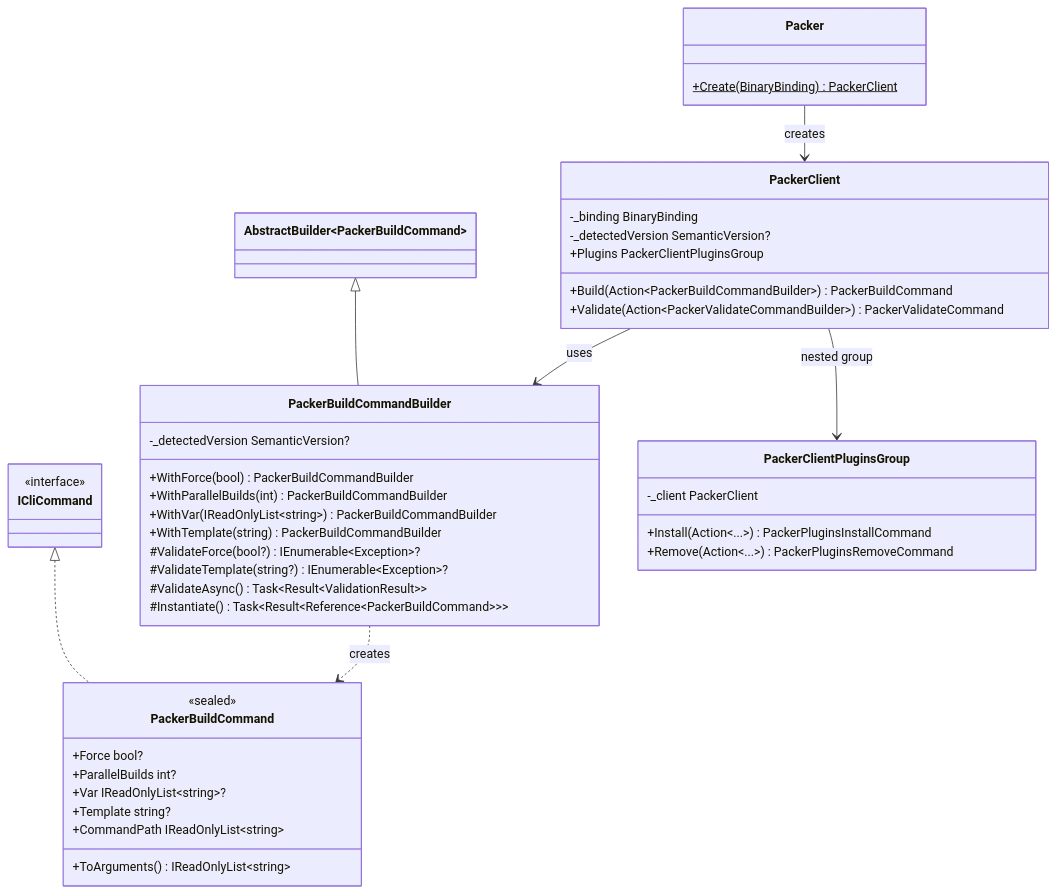
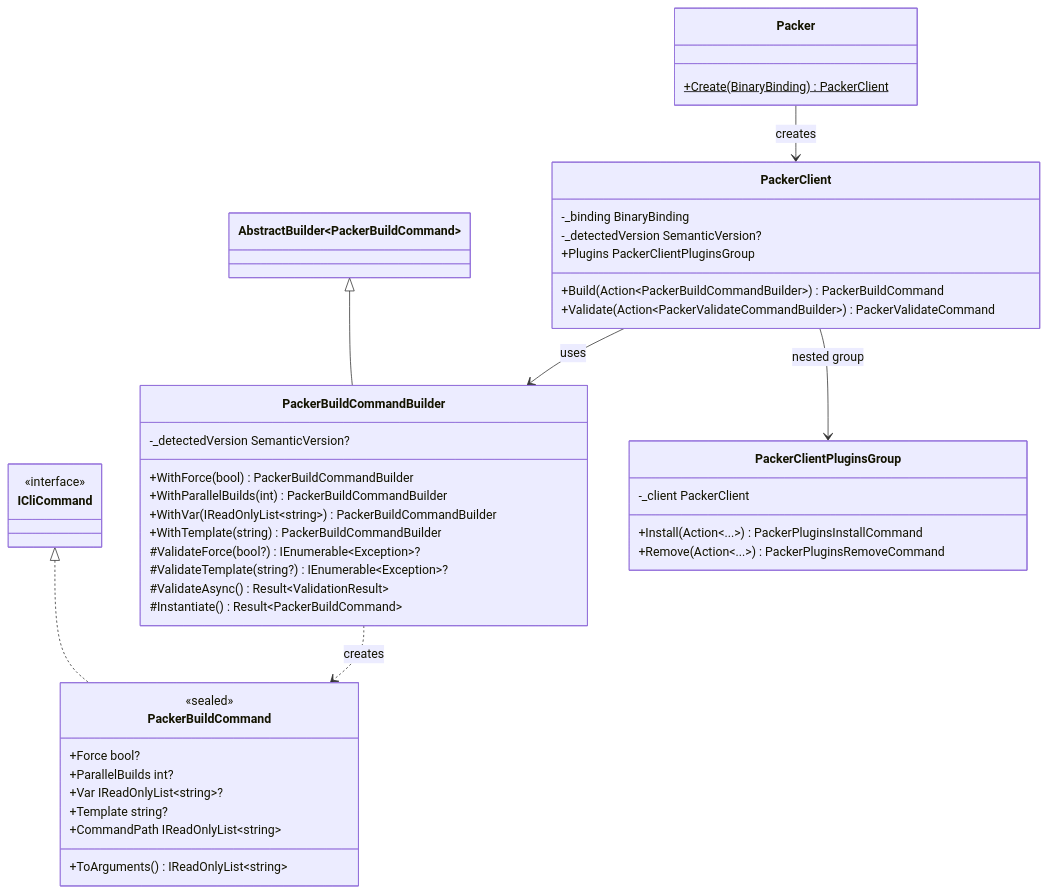
Before and after one commit to FrenchExDev/FrenchExDev: the eighth of 14 diagrams in Net/FrenchExDev/BinaryWrapper/doc/ARCHITECTURE.md, drawn with Mermaid. The commit also changed other lines of this file and 29723 other files, not shown here.

````diff
--- a/Net/FrenchExDev/BinaryWrapper/doc/ARCHITECTURE.md
+++ b/Net/FrenchExDev/BinaryWrapper/doc/ARCHITECTURE.md
@@ -435,53 +505,53 @@
 ```mermaid
 classDiagram
     class ICliCommand {
         <<interface>>
     }
 
     class PackerBuildCommand {
         <<sealed>>
         +Force bool?
         +ParallelBuilds int?
         +Var IReadOnlyList~string~?
         +Template string?
         +CommandPath IReadOnlyList~string~
         +ToArguments() IReadOnlyList~string~
     }
 
     class PackerBuildCommandBuilder {
         -_detectedVersion SemanticVersion?
         +WithForce(bool) PackerBuildCommandBuilder
         +WithParallelBuilds(int) PackerBuildCommandBuilder
         +WithVar(IReadOnlyList~string~) PackerBuildCommandBuilder
         +WithTemplate(string) PackerBuildCommandBuilder
         #ValidateForce(bool?) IEnumerable~Exception~?
         #ValidateTemplate(string?) IEnumerable~Exception~?
-        #ValidateAsync() Task~Result~ValidationResult~~
-        #Instantiate() Task~Result~Reference~PackerBuildCommand~~~
+        #ValidateAsync() Result~ValidationResult~
+        #Instantiate() Result~PackerBuildCommand~
     }
 
     class PackerClient {
         -_binding BinaryBinding
         -_detectedVersion SemanticVersion?
         +Build(Action~PackerBuildCommandBuilder~) PackerBuildCommand
         +Validate(Action~PackerValidateCommandBuilder~) PackerValidateCommand
         +Plugins PackerClientPluginsGroup
     }
 
     class PackerClientPluginsGroup {
         -_client PackerClient
         +Install(Action~...~) PackerPluginsInstallCommand
         +Remove(Action~...~) PackerPluginsRemoveCommand
     }
 
     class Packer {
         +Create(BinaryBinding)$ PackerClient
     }
 
     ICliCommand <|.. PackerBuildCommand
     AbstractBuilder~PackerBuildCommand~ <|-- PackerBuildCommandBuilder
     PackerBuildCommandBuilder ..> PackerBuildCommand : creates
     PackerClient --> PackerBuildCommandBuilder : uses
     PackerClient --> PackerClientPluginsGroup : nested group
     Packer --> PackerClient : creates
 ```
````
